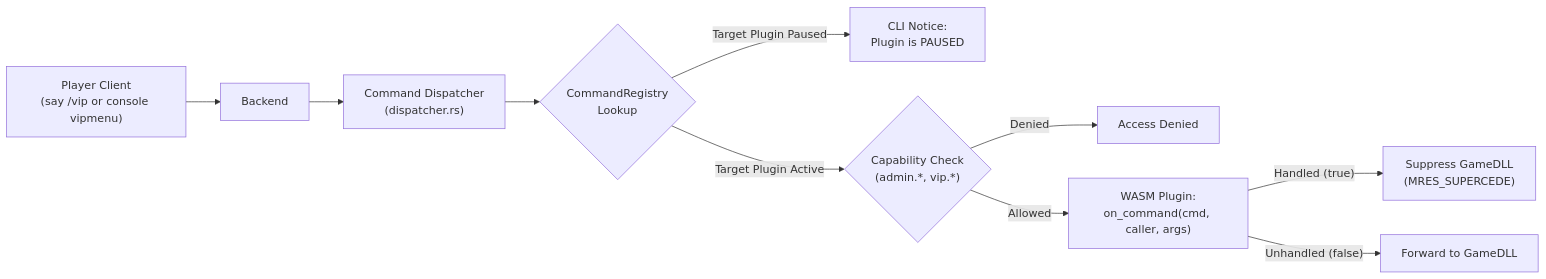
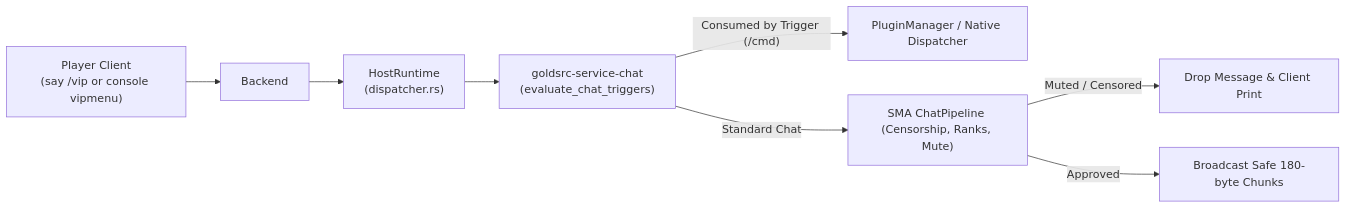
One commit to goldsrc-rs/goldsrc-rs changed the fifth of 5 diagrams in ARCHITECTURE.md. Above: the diagram before and after it, drawn with Mermaid. The commit also changed other lines of this file and 18 other files, not shown here.

````diff
--- a/ARCHITECTURE.md
+++ b/ARCHITECTURE.md
@@ -141,12 +262,10 @@
 ```mermaid
 flowchart LR
     PlayerClient["Player Client\n(say /vip or console vipmenu)"] --> Backend
-    Backend --> Dispatcher["Command Dispatcher\n(dispatcher.rs)"]
-    Dispatcher --> CmdRegistry{"CommandRegistry\nLookup"}
-    CmdRegistry -- "Target Plugin Paused" --> Notice["CLI Notice:\nPlugin is PAUSED"]
-    CmdRegistry -- "Target Plugin Active" --> CheckCap{"Capability Check\n(admin.*, vip.*)"}
-    CheckCap -- "Denied" --> Denied["Access Denied"]
-    CheckCap -- "Allowed" --> Guest["WASM Plugin:\non_command(cmd, caller, args)"]
-    Guest -- "Handled (true)" --> Suppress["Suppress GameDLL\n(MRES_SUPERCEDE)"]
-    Guest -- "Unhandled (false)" --> Forward["Forward to GameDLL"]
+    Backend --> Host["HostRuntime\n(dispatcher.rs)"]
+    Host --> ChatSvc["goldsrc-service-chat\n(evaluate_chat_triggers)"]
+    ChatSvc -- "Consumed by Trigger (/cmd)" --> DispatchCmd["PluginManager / Native Dispatcher"]
+    ChatSvc -- "Standard Chat" --> SMAPipeline["SMA ChatPipeline (Censorship, Ranks, Mute)"]
+    SMAPipeline -- "Muted / Censored" --> Suppress["Drop Message & Client Print"]
+    SMAPipeline -- "Approved" --> Broadcast["Broadcast Safe 180-byte Chunks"]
 ```
````
